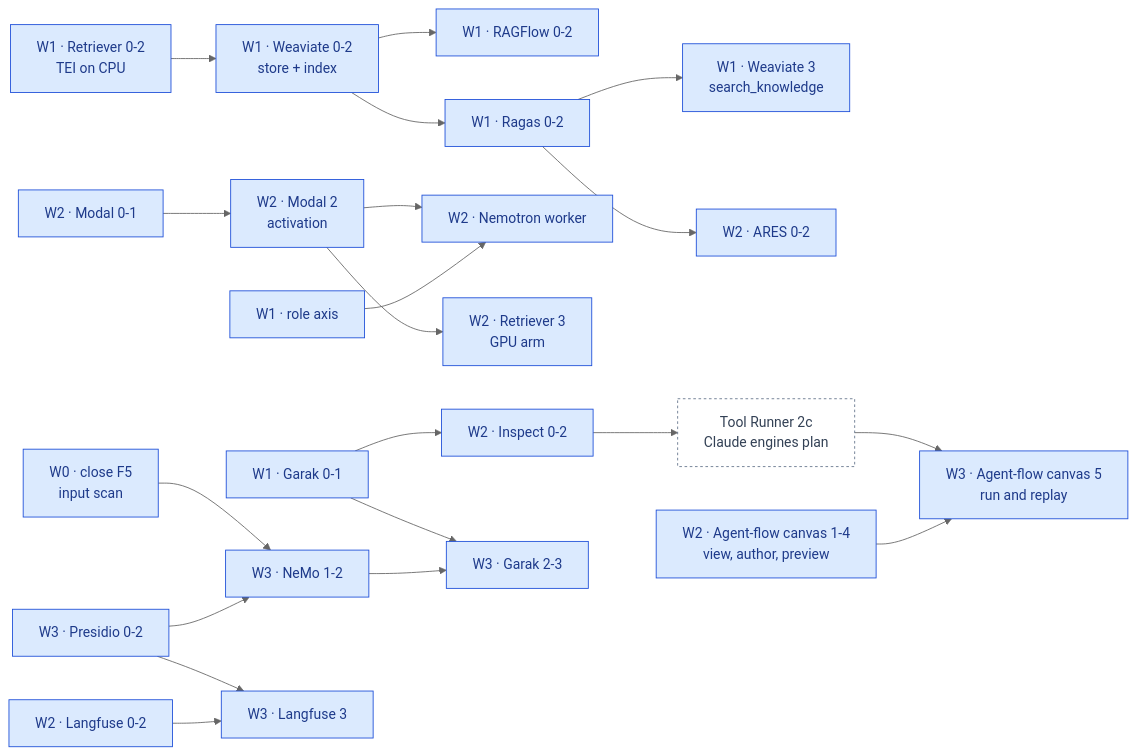
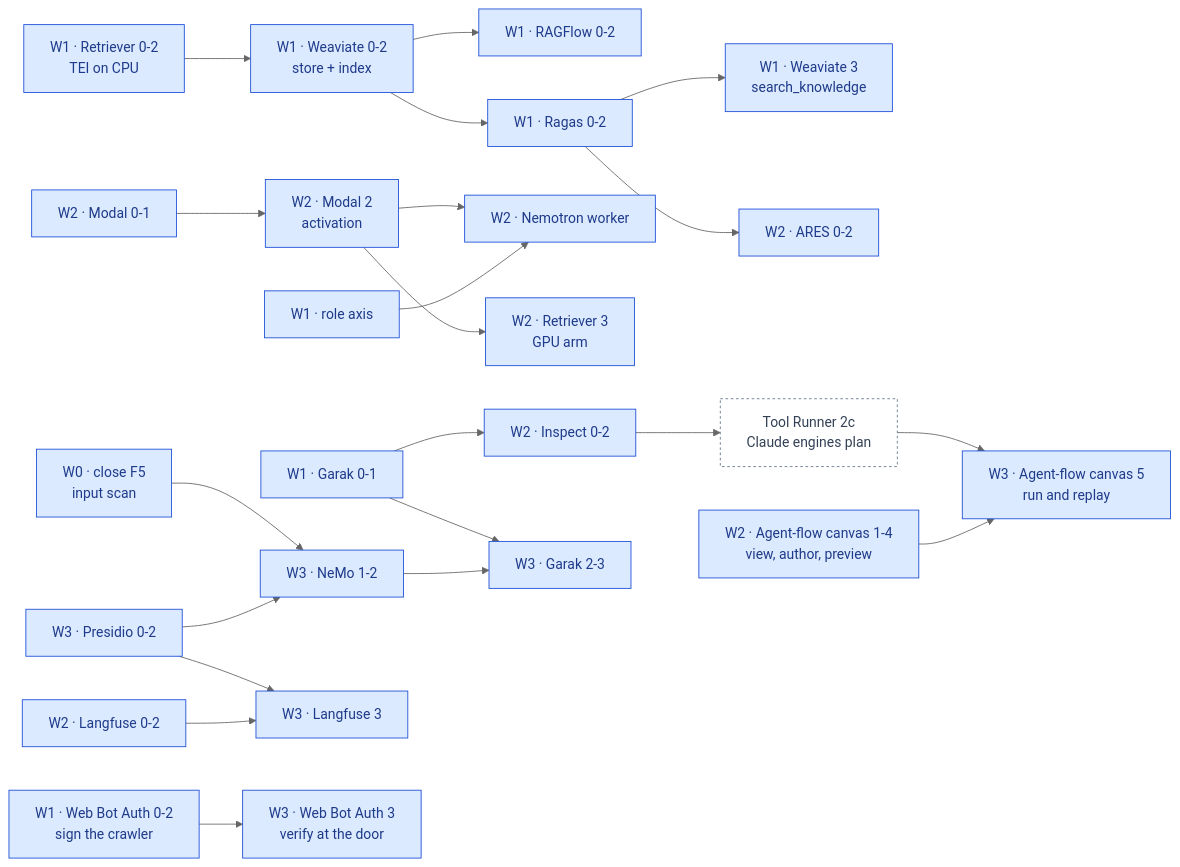
The fourth of 5 diagrams in docs/ai-architecture-roadmap.md (RodnaPamet/inflect-compliance), drawn with Mermaid (neutral theme) before and after one commit. The commit also changed other lines of this file and 3 other files, not shown here.

````diff
--- a/docs/ai-architecture-roadmap.md
+++ b/docs/ai-architecture-roadmap.md
@@ -464,48 +478,51 @@
 ```mermaid
 flowchart LR
   F5["W0 · close F5<br/>input scan"]:::todo
   RT1["W1 · Retriever 0-2<br/>TEI on CPU"]:::todo
   WV2["W1 · Weaviate 0-2<br/>store + index"]:::todo
   RF2["W1 · RAGFlow 0-2"]:::todo
   RA2["W1 · Ragas 0-2"]:::todo
   WV3["W1 · Weaviate 3<br/>search_knowledge"]:::todo
   AR2["W2 · ARES 0-2"]:::todo
   GA1["W1 · Garak 0-1"]:::todo
   MD1["W2 · Modal 0-1"]:::todo
   MD2["W2 · Modal 2<br/>activation"]:::todo
   RX1["W1 · role axis"]:::todo
   NW2["W2 · Nemotron worker"]:::todo
   RT3["W2 · Retriever 3<br/>GPU arm"]:::todo
   IS2["W2 · Inspect 0-2"]:::todo
   TR2C["Tool Runner 2c<br/>Claude engines plan"]:::ext
   AF1["W2 · Agent-flow canvas 1-4<br/>view, author, preview"]:::todo
   AF4["W3 · Agent-flow canvas 5<br/>run and replay"]:::todo
   LU2["W2 · Langfuse 0-2"]:::todo
   PR2["W3 · Presidio 0-2"]:::todo
   NG2["W3 · NeMo 1-2"]:::todo
   LU3["W3 · Langfuse 3"]:::todo
   GA2["W3 · Garak 2-3"]:::todo
+  WB2["W1 · Web Bot Auth 0-2<br/>sign the crawler"]:::todo
+  WB3["W3 · Web Bot Auth 3<br/>verify at the door"]:::todo
 
   RT1 --> WV2
   WV2 --> RF2
   WV2 --> RA2
   RA2 --> WV3
   RA2 --> AR2
   MD1 --> MD2
   MD2 --> NW2
   MD2 --> RT3
   RX1 --> NW2
   GA1 --> IS2
   IS2 --> TR2C
   TR2C --> AF4
   AF1 --> AF4
   F5 --> NG2
   PR2 --> NG2
   PR2 --> LU3
   LU2 --> LU3
   GA1 --> GA2
   NG2 --> GA2
+  WB2 --> WB3
 
   classDef todo fill:#dbeafe,stroke:#1d4ed8,color:#1e3a8a
   classDef ext fill:#ffffff,stroke:#64748b,color:#334155,stroke-dasharray:3 3
 ```
````
